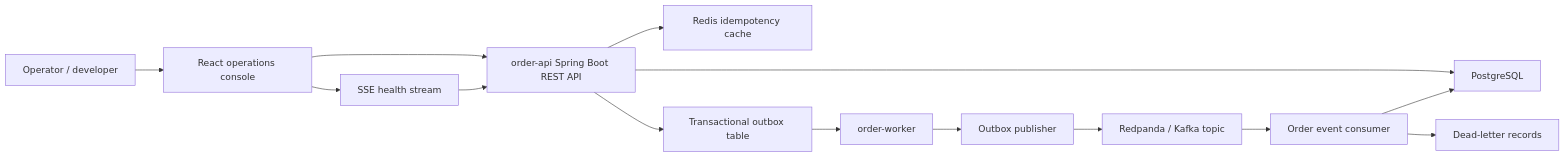
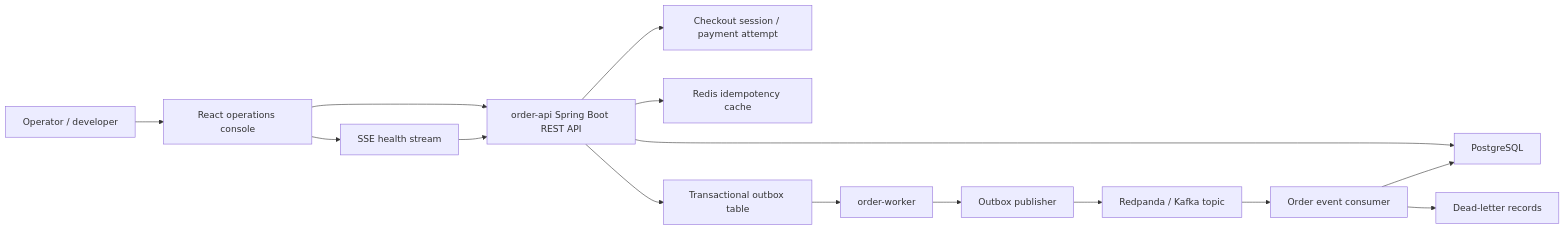
Before and after one commit to guanyu-gerry-tao/OrderFlow: the first of 3 diagrams in docs/ARCHITECTURE.md, drawn with Mermaid. The commit also changed other lines of this file and 32 other files, not shown here.

First line of the commit message:
Add checkout session payment attempt TTL flow

````diff
--- a/docs/ARCHITECTURE.md
+++ b/docs/ARCHITECTURE.md
@@ -7,16 +7,17 @@
 ```mermaid
 flowchart LR
     user["Operator / developer"] --> console["React operations console"]
     console --> api["order-api Spring Boot REST API"]
+    api --> checkout["Checkout session / payment attempt"]
     api --> postgres["PostgreSQL"]
     api --> redis["Redis idempotency cache"]
     api --> outbox["Transactional outbox table"]
     outbox --> worker["order-worker"]
     worker --> publisher["Outbox publisher"]
     publisher --> broker["Redpanda / Kafka topic"]
     broker --> consumer["Order event consumer"]
     consumer --> postgres
     consumer --> dlq["Dead-letter records"]
     console --> sse["SSE health stream"]
     sse --> api
 ```
````
